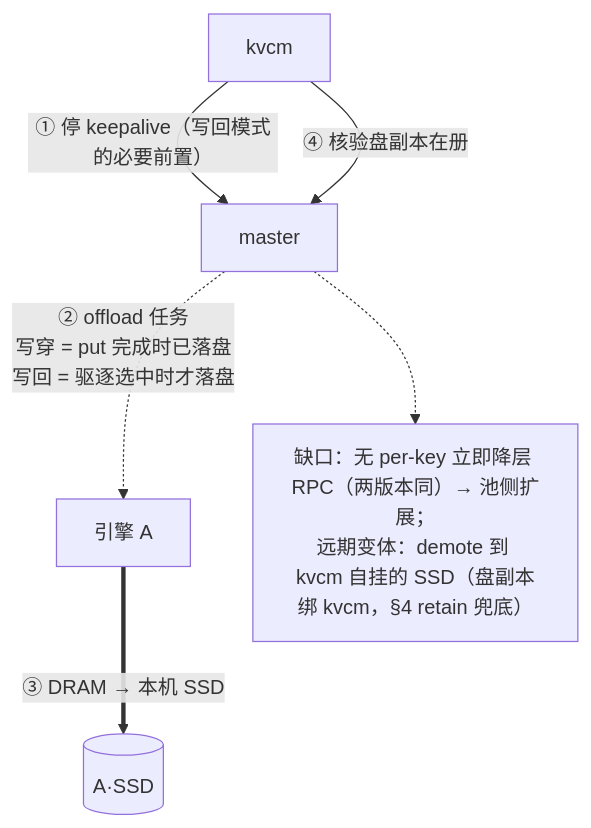
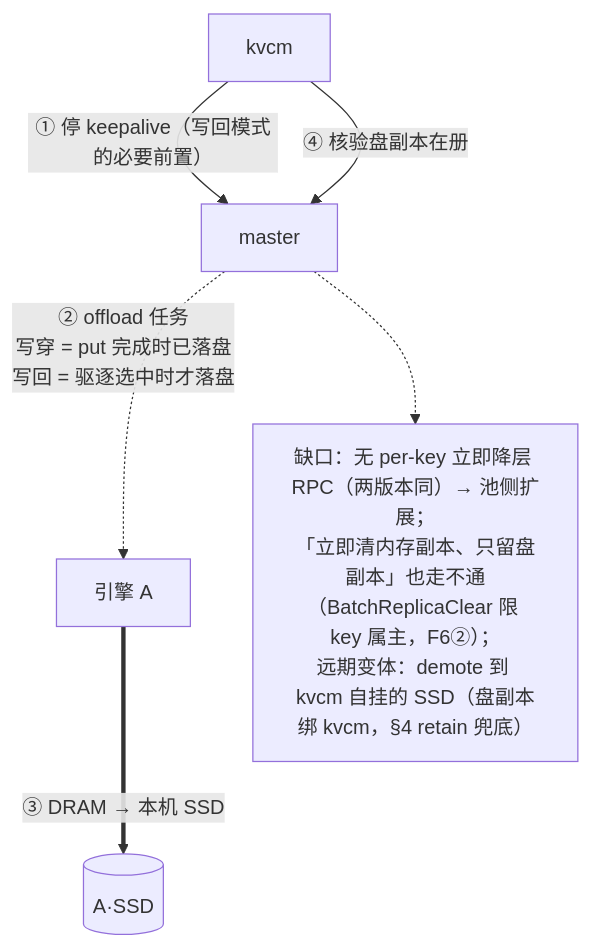
One commit to 5x8-40/lake changed the sixth of 10 diagrams in kvcm/D2-kv-operations.md. Above: the diagram before and after it, drawn with Mermaid. The commit also changed other lines of this file, not shown here.

First line of the commit message:
docs(kvcm): 图解补全最后六处遗漏——全方案覆盖收尾

````diff
--- a/kvcm/D2-kv-operations.md
+++ b/kvcm/D2-kv-operations.md
@@ -366,9 +370,9 @@
 ```mermaid
 flowchart TB
     K["kvcm"] -->|"① 停 keepalive（写回模式的必要前置）"| M["master"]
     M -.->|"② offload 任务<br/>写穿 = put 完成时已落盘<br/>写回 = 驱逐选中时才落盘"| A["引擎 A"]
     A ==>|"③ DRAM → 本机 SSD"| S[("A·SSD")]
     K -->|"④ 核验盘副本在册"| M
-    N["缺口：无 per-key 立即降层 RPC（两版本同）→ 池侧扩展；<br/>远期变体：demote 到 kvcm 自挂的 SSD（盘副本绑 kvcm，§4 retain 兜底）"]
+    N["缺口：无 per-key 立即降层 RPC（两版本同）→ 池侧扩展；<br/>「立即清内存副本、只留盘副本」也走不通（BatchReplicaClear 限 key 属主，F6②）；<br/>远期变体：demote 到 kvcm 自挂的 SSD（盘副本绑 kvcm，§4 retain 兜底）"]
     M -.-> N
 ```
````
